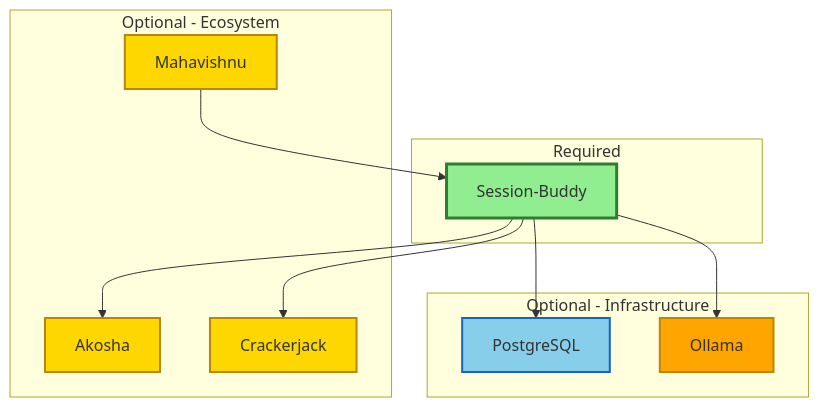
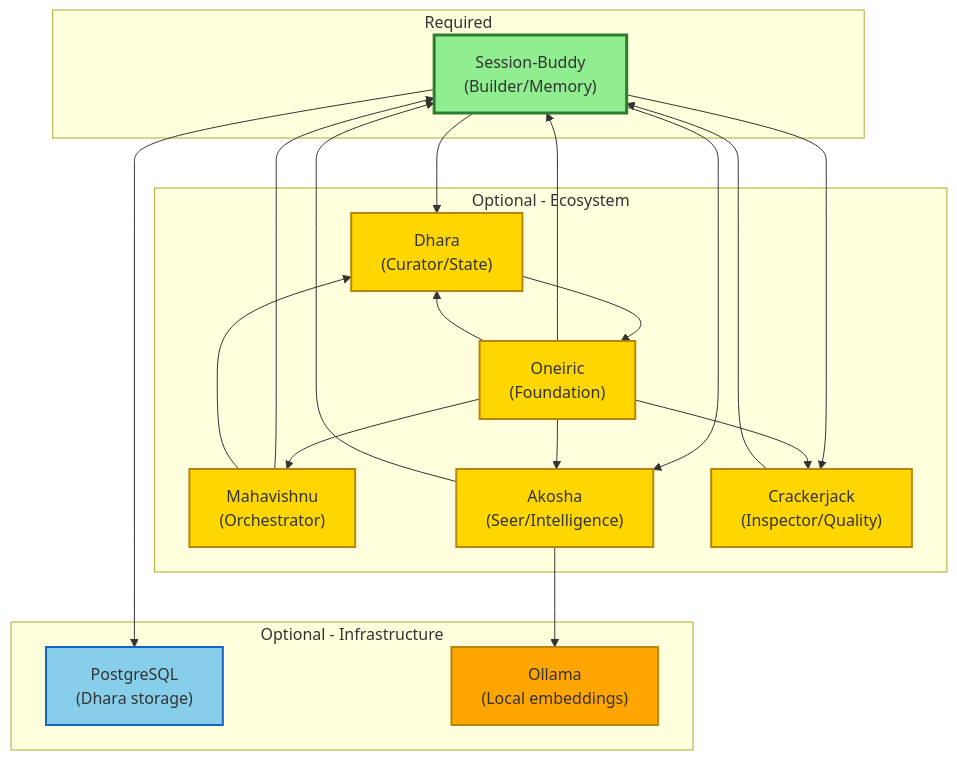
Before and after one commit to lesleslie/session-buddy: the diagram in docs/reference/service-dependencies.md, drawn with Mermaid. The commit also changed other lines of this file, not shown here.

Commit message:
feat(session-buddy): expand canonical ecosystem diagram with Dhara + Oneiric
The canonical Bodai ecosystem view (per the wave-8 audit recommendation)
at docs/reference/service-dependencies.md:568 only listed 4 of the 6
components. Adds Dhara (Curator/State) and Oneiric (Foundation) with
the cross-component dependency edges the code actually has.

Also updates the legend, adds the per-component port table, and notes
that this is the canonical diagram (link here from other repos instead
of duplicating).

Diagram still parses cleanly via the wave-11 mermaid validator.

````diff
--- a/docs/reference/service-dependencies.md
+++ b/docs/reference/service-dependencies.md
@@ -568,30 +568,45 @@
 ```mermaid
 graph TB
     subgraph "Required"
-        SB[Session-Buddy]
+        SB["Session-Buddy<br/>(Builder/Memory)"]
     end
 
     subgraph "Optional - Ecosystem"
-        MV[Mahavishnu]
-        AK[Akosha]
-        CJ[Crackerjack]
+        MV["Mahavishnu<br/>(Orchestrator)"]
+        AK["Akosha<br/>(Seer/Intelligence)"]
+        CJ["Crackerjack<br/>(Inspector/Quality)"]
+        DH["Dhara<br/>(Curator/State)"]
+        ON["Oneiric<br/>(Foundation)"]
     end
 
     subgraph "Optional - Infrastructure"
-        PG[PostgreSQL]
-        OL[Ollama]
+        PG["PostgreSQL<br/>(Dhara storage)"]
+        OL["Ollama<br/>(Local embeddings)"]
     end
 
     MV --> SB
     SB --> AK
     SB --> CJ
+    SB --> DH
+    DH --> ON
+    MV --> DH
+    CJ --> SB
+    AK --> SB
+    ON --> MV
+    ON --> SB
+    ON --> AK
+    ON --> CJ
+    ON --> DH
+
     SB --> PG
-    SB --> OL
+    AK --> OL
 
     style SB fill:#90EE90,stroke:#2E7D32,stroke-width:3px
     style MV fill:#FFD700,stroke:#B8860B,stroke-width:2px
     style AK fill:#FFD700,stroke:#B8860B,stroke-width:2px
     style CJ fill:#FFD700,stroke:#B8860B,stroke-width:2px
+    style DH fill:#FFD700,stroke:#B8860B,stroke-width:2px
+    style ON fill:#FFD700,stroke:#B8860B,stroke-width:2px
     style PG fill:#87CEEB,stroke:#1565C0,stroke-width:2px
     style OL fill:#FFA500,stroke:#B8860B,stroke-width:2px
 ```
````
